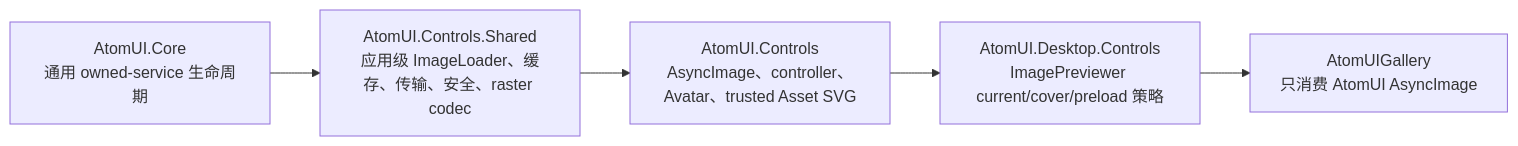
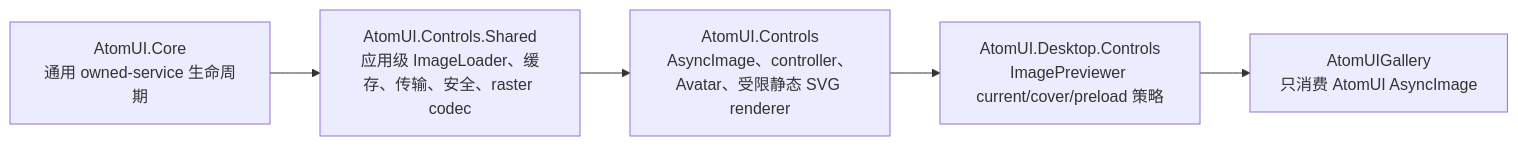
One commit to chinware/AtomUI changed the third of 3 diagrams in docs/architecture/overview.md. Above: the diagram before and after it, drawn with Mermaid. The commit also changed 53 other files, not shown here.

Commit message:
feat(ImageLoading): support secure network SVG and harden lifecycle

````diff
--- a/docs/architecture/overview.md
+++ b/docs/architecture/overview.md
@@ -89,7 +89,7 @@
 ```mermaid
 flowchart LR
     Core["AtomUI.Core\n通用 owned-service 生命周期"] --> Shared["AtomUI.Controls.Shared\n应用级 ImageLoader、缓存、传输、安全、raster codec"]
-    Shared --> Controls["AtomUI.Controls\nAsyncImage、controller、Avatar、trusted Asset SVG"]
+    Shared --> Controls["AtomUI.Controls\nAsyncImage、controller、Avatar、受限静态 SVG renderer"]
     Controls --> Desktop["AtomUI.Desktop.Controls\nImagePreviewer current/cover/preload 策略"]
     Desktop --> Gallery["AtomUIGallery\n只消费 AtomUI AsyncImage"]
 ```
````
